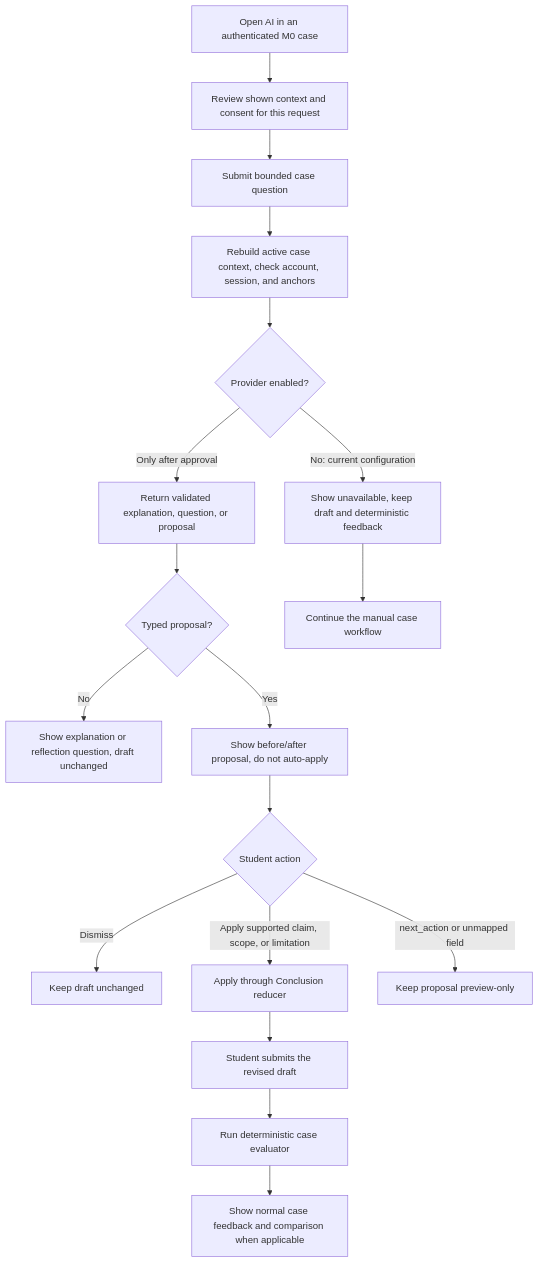
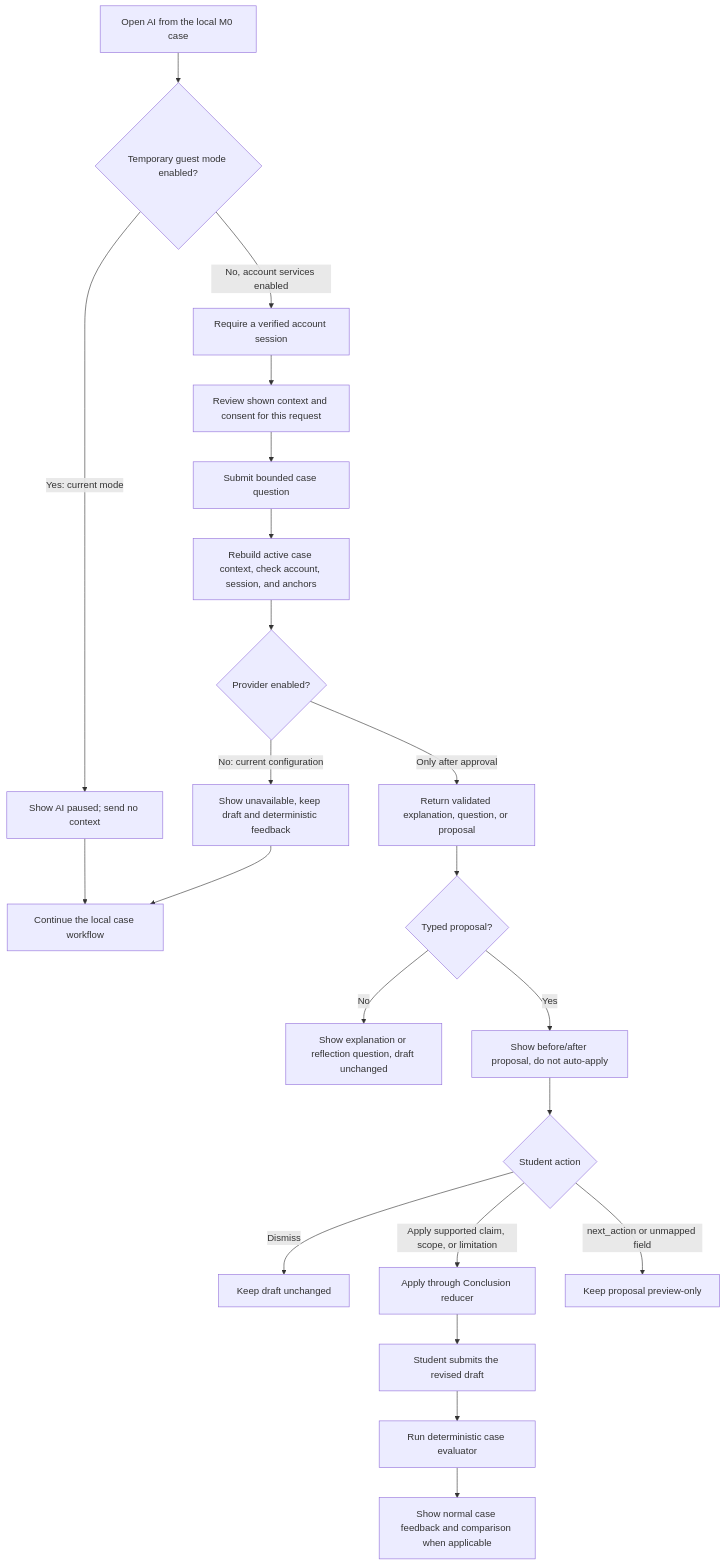
Before and after one commit to AndroLay/evidrilo: the tenth of 12 diagrams in docs/product/workflows.md, drawn with Mermaid. The commit also changed other lines of this file and 188 other files, not shown here.

```diff
--- a/docs/product/workflows.md
+++ b/docs/product/workflows.md
@@ -470,20 +528,24 @@
 ~~~mermaid
 flowchart TD
-    Case[Open AI in an authenticated M0 case] --> Consent[Review shown context and consent for this request]
+    Case[Open AI from the local M0 case] --> GuestMode{Temporary guest mode enabled?}
+    GuestMode -->|Yes: current mode| Paused[Show AI paused; send no context]
+    Paused --> Manual[Continue the local case workflow]
+    GuestMode -->|No, account services enabled| Auth[Require a verified account session]
+    Auth --> Consent[Review shown context and consent for this request]
     Consent --> Send[Submit bounded case question]
     Send --> API[Rebuild active case context, check account, session, and anchors]
     API --> Provider{Provider enabled?}
     Provider -->|No: current configuration| Unavailable[Show unavailable, keep draft and deterministic feedback]
     Provider -->|Only after approval| Response[Return validated explanation, question, or proposal]
     Response --> Kind{Typed proposal?}
     Kind -->|No| Explain[Show explanation or reflection question, draft unchanged]
     Kind -->|Yes| Preview[Show before/after proposal, do not auto-apply]
     Preview --> Choice{Student action}
     Choice -->|Dismiss| Unchanged[Keep draft unchanged]
     Choice -->|Apply supported claim, scope, or limitation| Reducer[Apply through Conclusion reducer]
     Choice -->|next_action or unmapped field| ReadOnly[Keep proposal preview-only]
     Reducer --> Submit[Student submits the revised draft]
     Submit --> Evaluate[Run deterministic case evaluator]
     Evaluate --> Result[Show normal case feedback and comparison when applicable]
-    Unavailable --> Manual[Continue the manual case workflow]
+    Unavailable --> Manual
 ~~~
```
